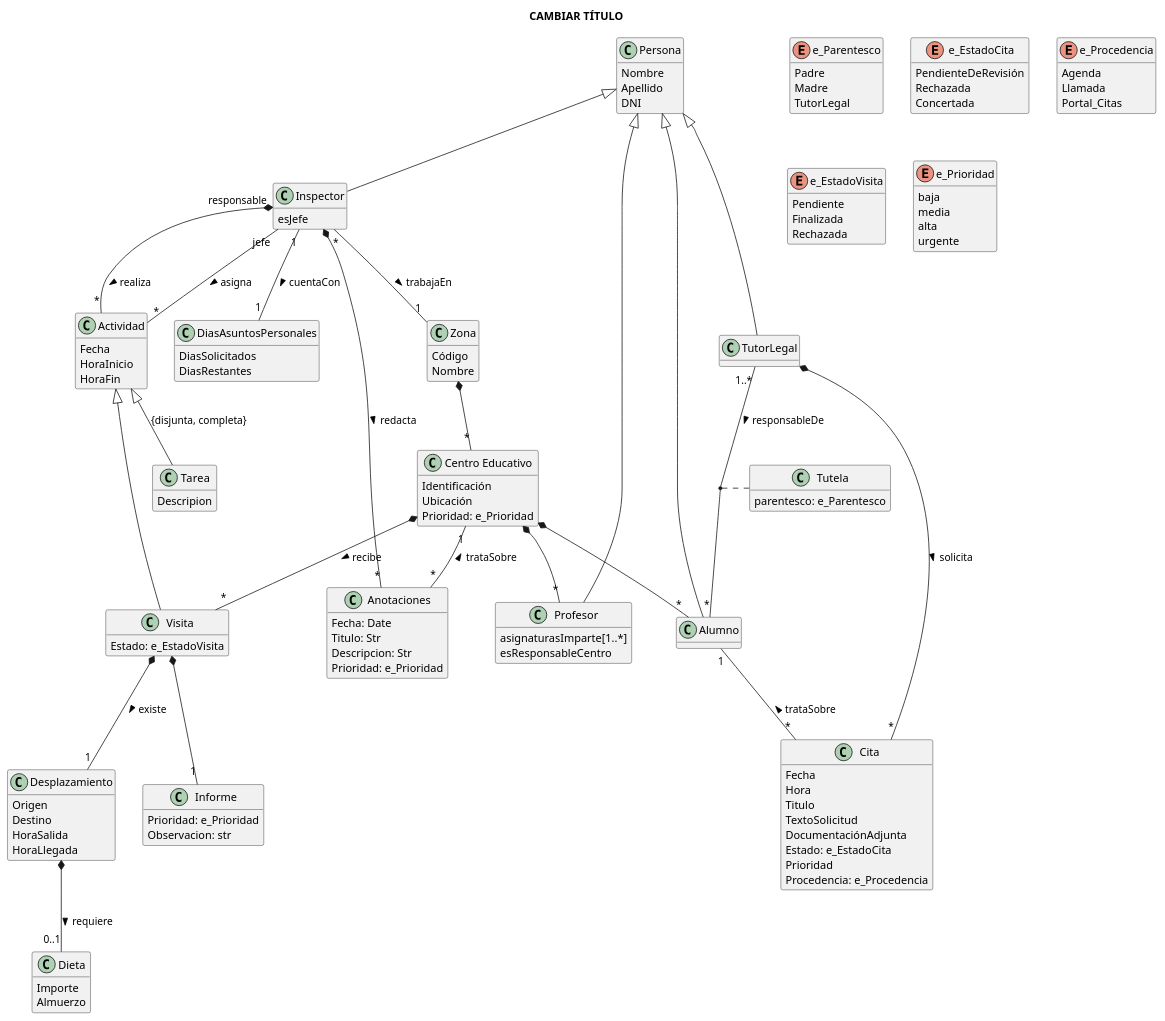
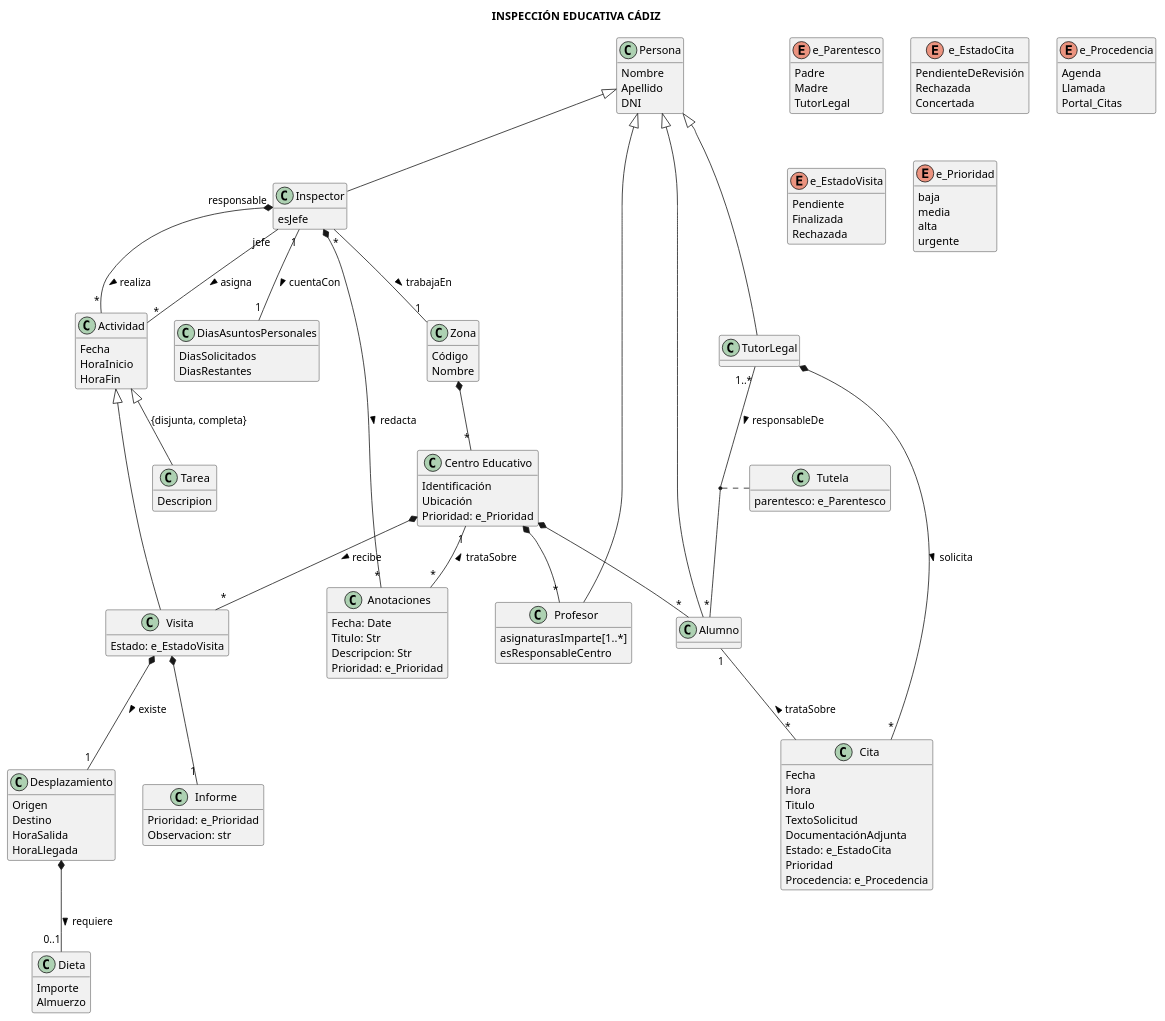
One commit to lorenzomaranon/ProyectoBD_Inspeccion_Educativa changed the diagram in docs/modelado_conceptual.puml. Above: the diagram before and after it, drawn with PlantUML.

Commit message:
Añado título

```diff
--- a/docs/modelado_conceptual.puml
+++ b/docs/modelado_conceptual.puml
@@ -14,7 +14,7 @@
   8. Validar con posibles escenarios mediante diagramas de objetos.
   9. Registrar todos aquellos problemas semánticos que deban ser aclarados con clientes y usuarios.
 '/
-title CAMBIAR TÍTULO
+title INSPECCIÓN EDUCATIVA CÁDIZ
 
 skinparam shadowing false
 
```
